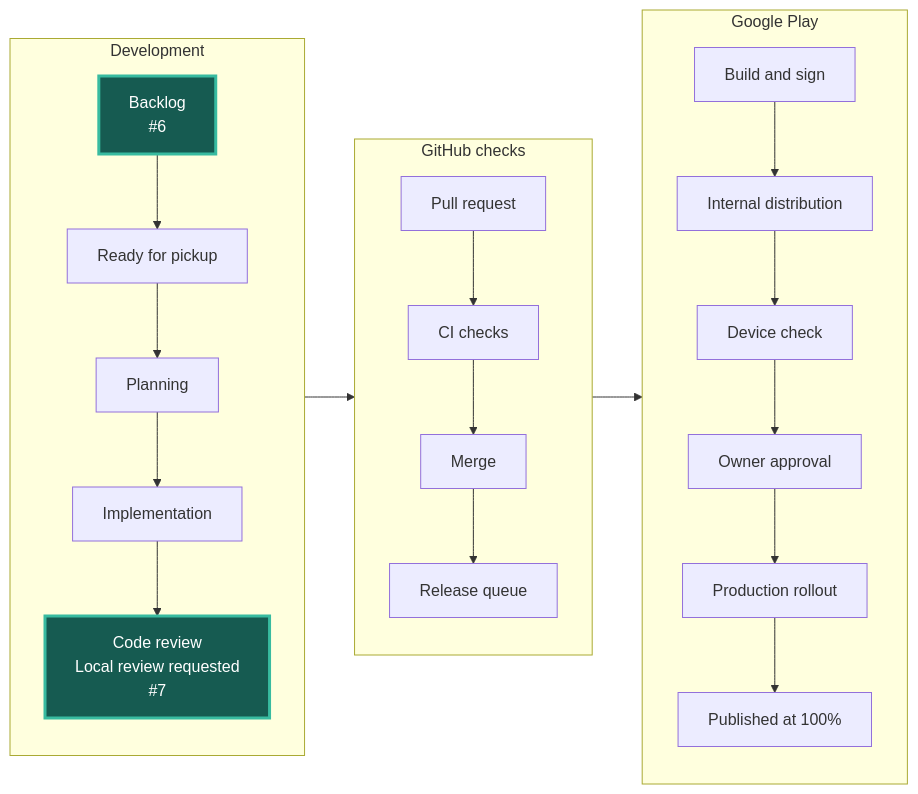
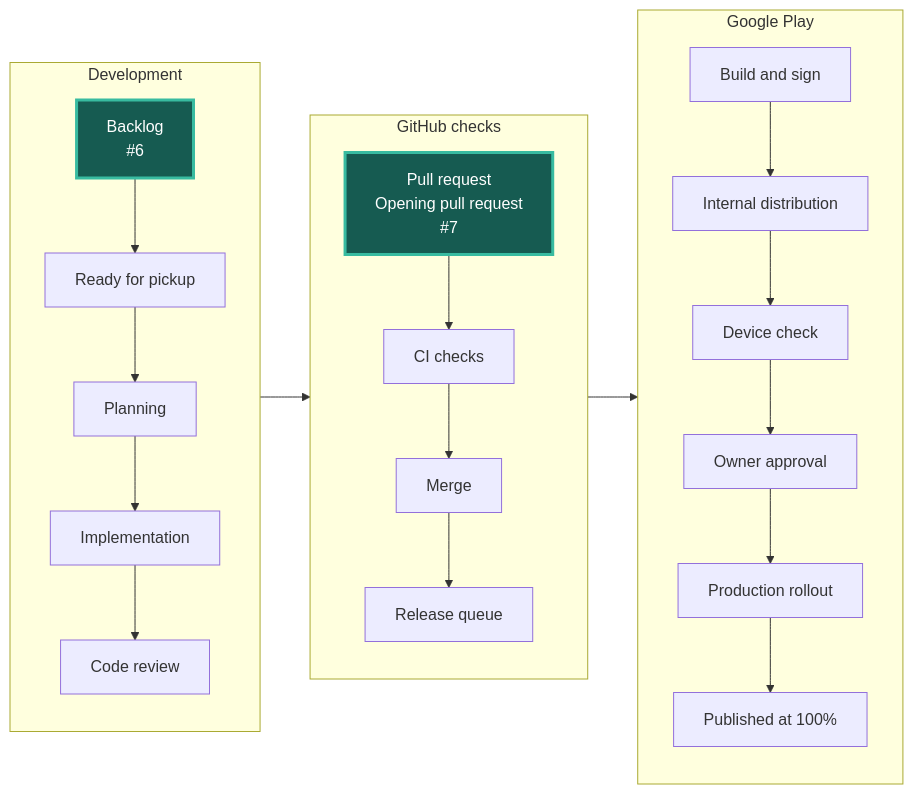
The diagram in STATUS.md (Oziomajnr/ChessTournamentManager), drawn with Mermaid before and after one commit. The commit also changed other lines of this file and 1 other file, not shown here.

Commit message:
Refresh issue delivery graph

````diff
--- a/STATUS.md
+++ b/STATUS.md
@@ -5,34 +5,34 @@
 ```mermaid
 flowchart LR
     accTitle: Current issue positions in the delivery workflow
     accDescr: Development flows into GitHub checks and Google Play. Each issue number appears at its current step.
     subgraph development["Development"]
         direction TB
         backlog["Backlog<br/>#6"]:::occupied
         ready["Ready for pickup"]
         plan["Planning"]
         code["Implementation"]
-        review["Code review<br/>Local review requested<br/>#7"]:::occupied
+        review["Code review"]
         backlog --> ready --> plan --> code --> review
     end
     subgraph integration["GitHub checks"]
         direction TB
-        pull["Pull request"]
+        pull["Pull request<br/>Opening pull request<br/>#7"]:::occupied
         ci["CI checks"]
         merge["Merge"]
         queue["Release queue"]
         pull --> ci --> merge --> queue
     end
     subgraph distribution["Google Play"]
         direction TB
         build["Build and sign"]
         internal["Internal distribution"]
         device["Device check"]
         approval["Owner approval"]
         rollout["Production rollout"]
         published["Published at 100%"]
         build --> internal --> device --> approval --> rollout --> published
     end
     development --> integration --> distribution
     classDef occupied fill:#165b51,color:#ffffff,stroke:#38bba0,stroke-width:3px
 ```
````
